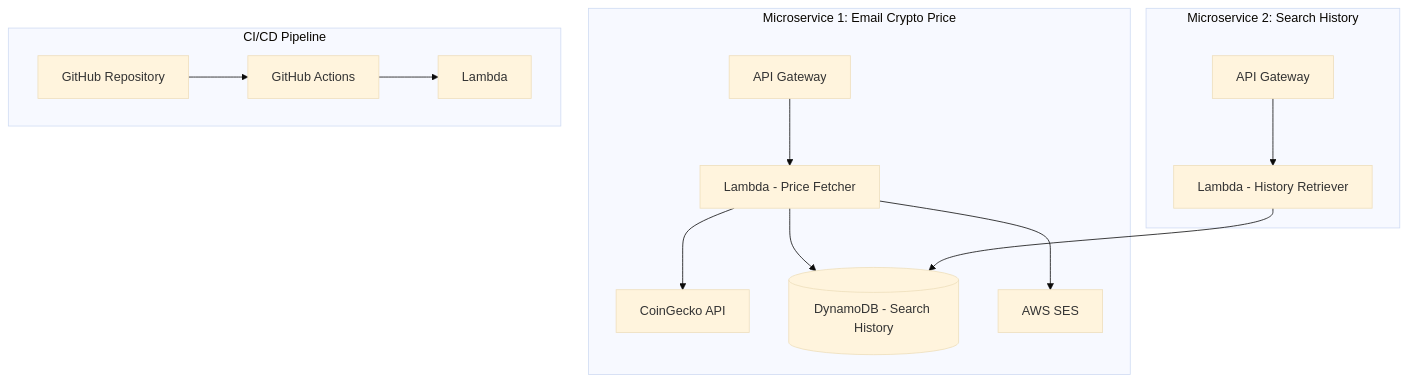
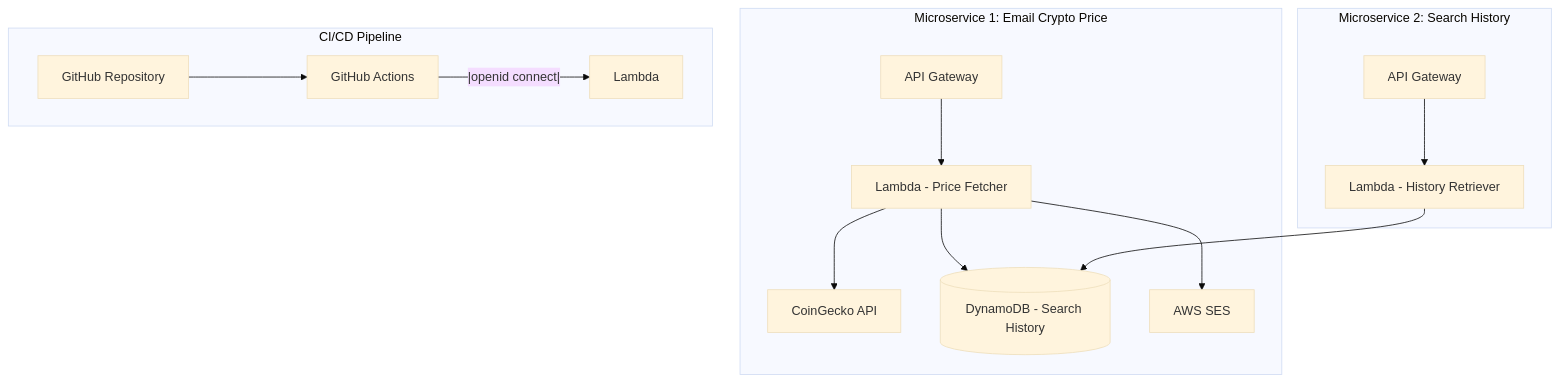
Before and after one commit to biaoli0/CryptoPriceSystem: the diagram in README.md, drawn with Mermaid (base theme).

````diff
--- a/README.md
+++ b/README.md
@@ -15,19 +15,19 @@
 ```mermaid
 flowchart TB
     subgraph "Microservice 1: Email Crypto Price"
         A[API Gateway] --> B[Lambda - Price Fetcher]
         B --> C[CoinGecko API]
         B --> D[(DynamoDB - Search History)]
         B --> F[AWS SES]
     end
 
     subgraph "Microservice 2: Search History"
         G[API Gateway] --> H[Lambda - History Retriever]
         H --> D
     end
 
     subgraph "CI/CD Pipeline"
-        I[GitHub Repository] --> J[GitHub Actions]
-        J --> K[Lambda]
+        I[GitHub Repository] ---> J[GitHub Actions]
+        J --|openid connect|--> K[Lambda]
     end
 ```
````
